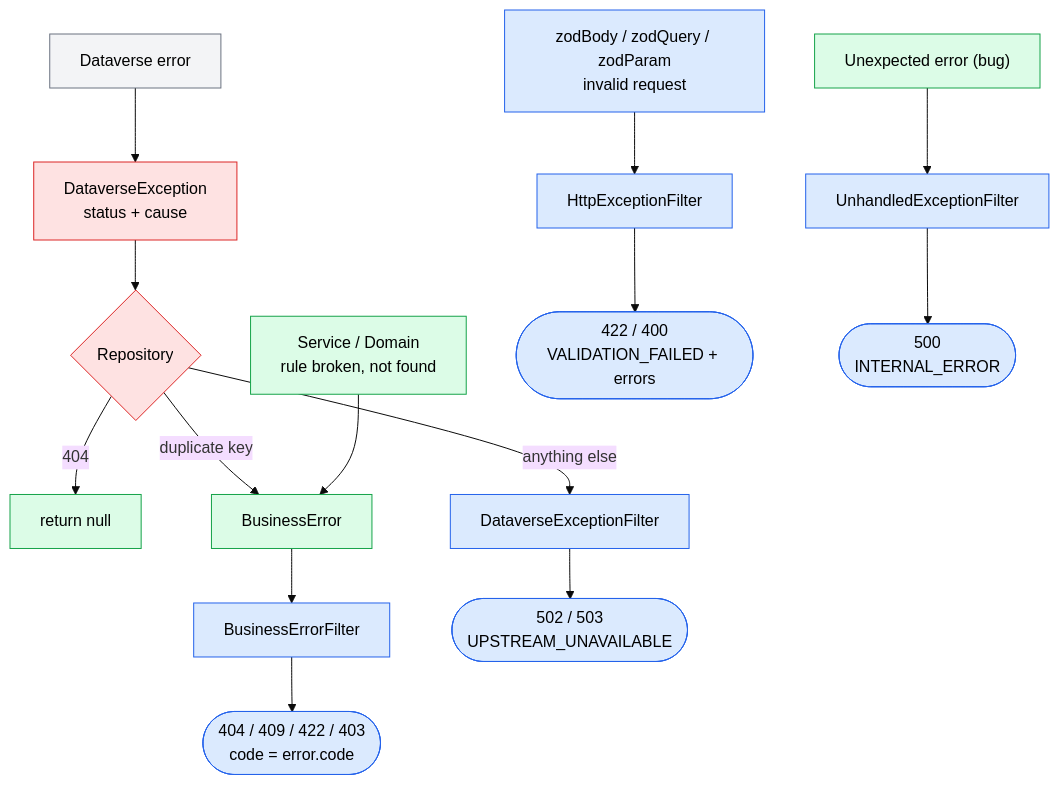
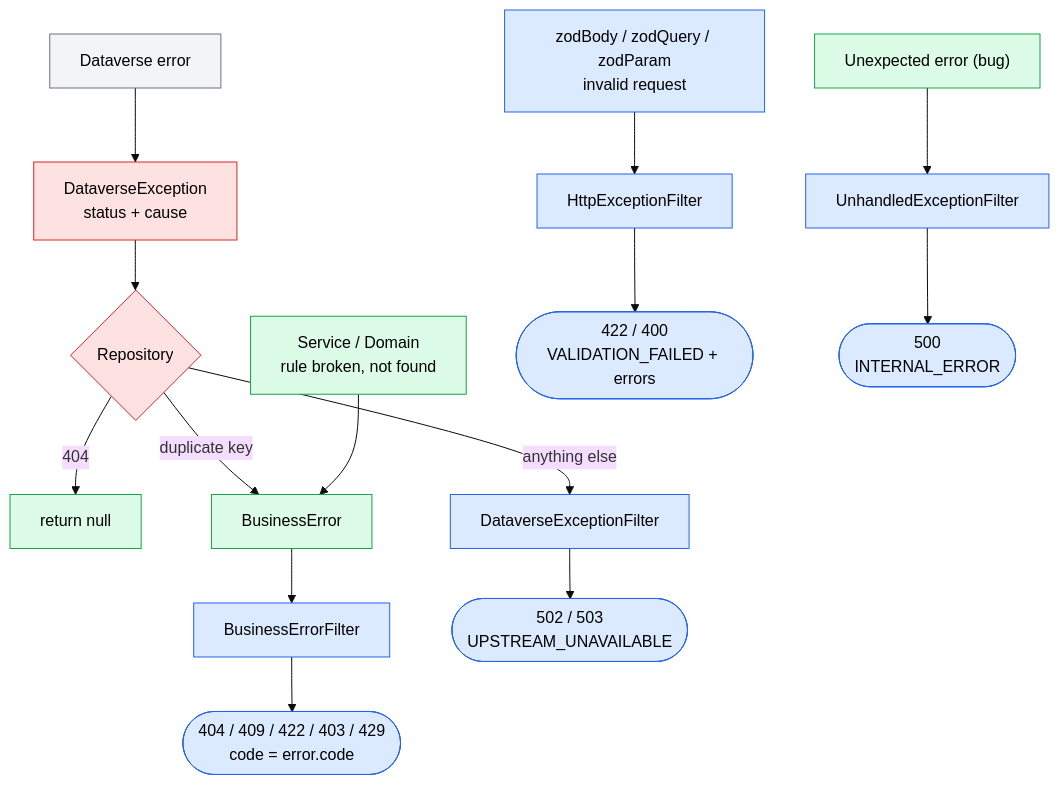
Before and after one commit to ahmed-nasr-ali/PHD_Backend_API_Layer: the fourth of 4 diagrams in docs/flow.md, drawn with Mermaid (base theme). The commit also changed 34 other files, not shown here.

````diff
--- a/docs/flow.md
+++ b/docs/flow.md
@@ -108,25 +108,25 @@
 ```mermaid
 flowchart TB
     S1["Dataverse error"] --> S2["DataverseException<br/>status + cause"]
     S2 --> S3{"Repository"}
     S3 -->|404| N["return null"]
     S3 -->|duplicate key| AE["BusinessError"]
     S3 -->|anything else| F2["DataverseExceptionFilter"]
     U["Service / Domain<br/>rule broken, not found"] --> AE
     AE --> F1["BusinessErrorFilter"]
-    F1 --> H1(["404 / 409 / 422 / 403<br/>code = error.code"])
+    F1 --> H1(["404 / 409 / 422 / 403 / 429<br/>code = error.code"])
     F2 --> H2(["502 / 503<br/>UPSTREAM_UNAVAILABLE"])
     V["zodBody / zodQuery / zodParam<br/>invalid request"] --> F3["HttpExceptionFilter"]
     F3 --> H3(["422 / 400<br/>VALIDATION_FAILED + errors"])
     B["Unexpected error (bug)"] --> F4["UnhandledExceptionFilter"]
     F4 --> H4(["500<br/>INTERNAL_ERROR"])
 
     classDef pres fill:#dbeafe,stroke:#2563eb,color:#000
     classDef app fill:#dcfce7,stroke:#16a34a,color:#000
     classDef infra fill:#fee2e2,stroke:#dc2626,color:#000
     classDef ext fill:#f3f4f6,stroke:#6b7280,color:#000
     class F1,F2,F3,F4,H1,H2,H3,H4,V pres
     class U,AE,N,B app
     class S2,S3 infra
     class S1 ext
 ```
````
